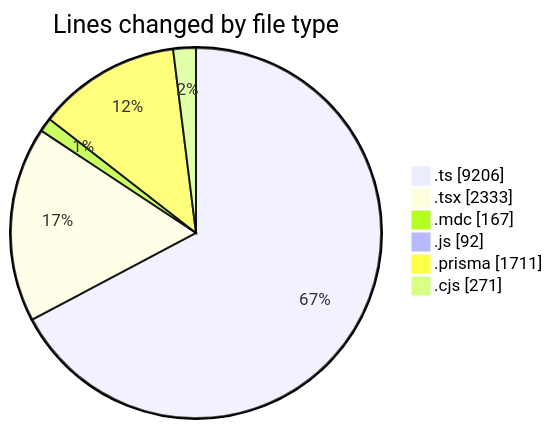
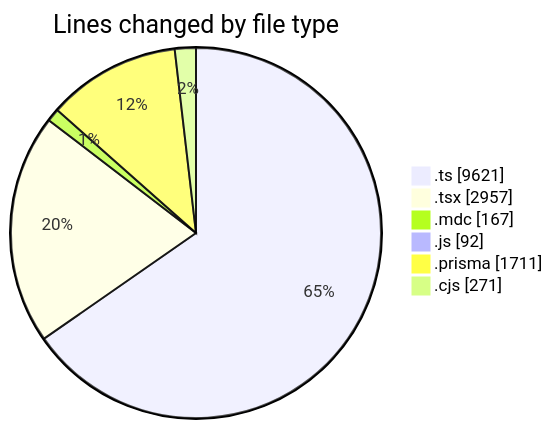
Before and after one commit to CELIANVF/code-tracking: the first of 2 diagrams in 2025-06-06/ecodeli-1/README.md, drawn with Mermaid. The commit also changed other lines of this file and 1 other file, not shown here.

````diff
--- a/2025-06-06/ecodeli-1/README.md
+++ b/2025-06-06/ecodeli-1/README.md
@@ -55,10 +57,10 @@
 ```mermaid
 pie showData
 title Lines changed by file type
-".ts" : 9206
-".tsx" : 2333
+".ts" : 9621
+".tsx" : 2957
 ".mdc" : 167
 ".js" : 92
 ".prisma" : 1711
 ".cjs" : 271
 ```
````
